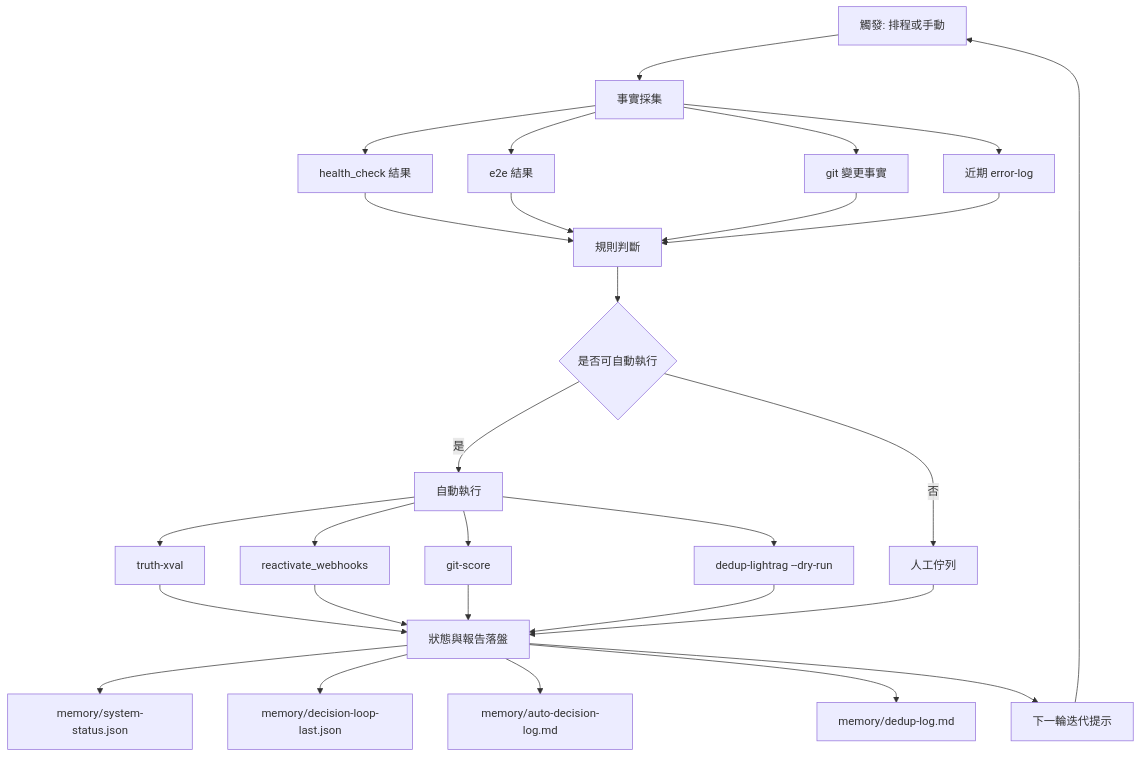
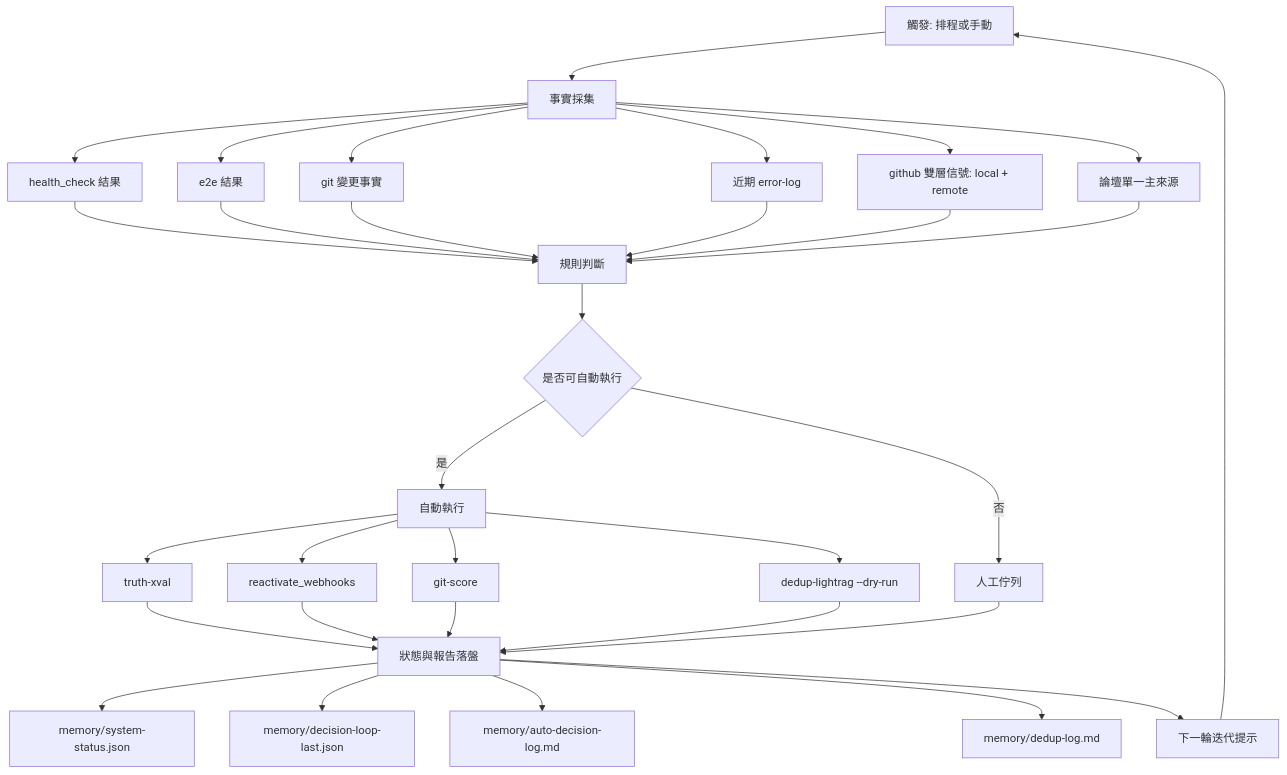
Before and after one commit to RYN6666999/meta-agent: the third of 3 diagrams in docs/project-execution-flow.md, drawn with Mermaid. The commit also changed other lines of this file and 13 other files, not shown here.

````diff
--- a/docs/project-execution-flow.md
+++ b/docs/project-execution-flow.md
@@ -96,42 +109,46 @@
 ```mermaid
 flowchart TD
     T[觸發: 排程或手動]
     F[事實採集]
     R[規則判斷]
     D{是否可自動執行}
 
     T --> F
     F --> H[health_check 結果]
     F --> E[e2e 結果]
     F --> G[git 變更事實]
     F --> L[近期 error-log]
+    F --> GH[github 雙層信號: local + remote]
+    F --> FO[論壇單一主來源]
 
     H --> R
     E --> R
     G --> R
     L --> R
+    GH --> R
+    FO --> R
 
     R --> D
 
     D -- 是 --> A[自動執行]
     D -- 否 --> M[人工佇列]
 
     A --> A1[truth-xval]
     A --> A2[reactivate_webhooks]
     A --> A3[git-score]
     A --> A4[dedup-lightrag --dry-run]
 
     A1 --> S[狀態與報告落盤]
     A2 --> S
     A3 --> S
     A4 --> S
     M --> S
 
     S --> S1[memory/system-status.json]
     S --> S2[memory/decision-loop-last.json]
     S --> S3[memory/auto-decision-log.md]
     S --> S4[memory/dedup-log.md]
 
     S --> I[下一輪迭代提示]
     I --> T
 ```
````
